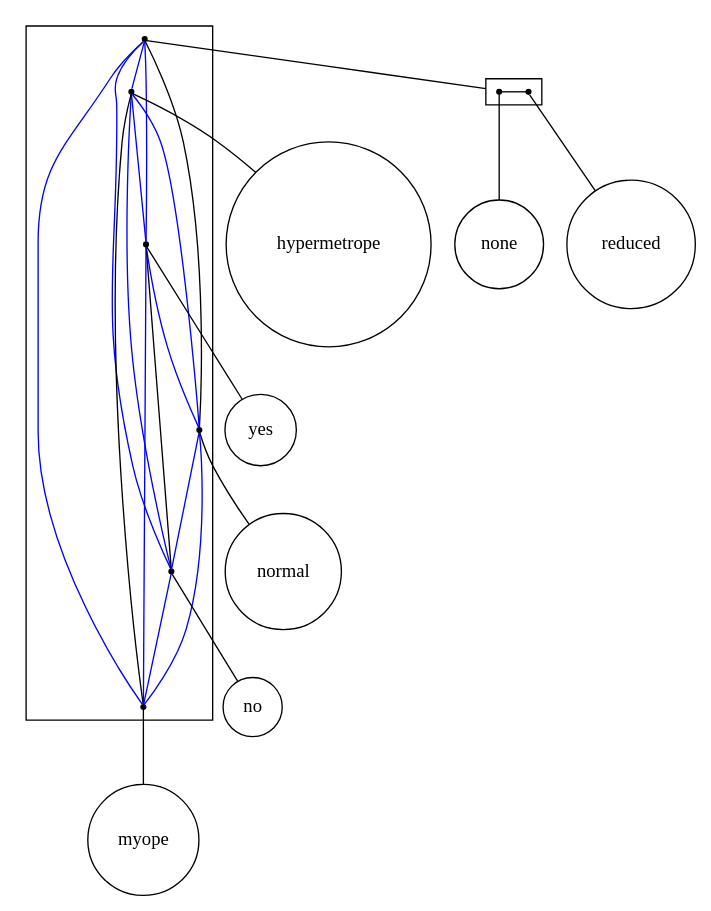
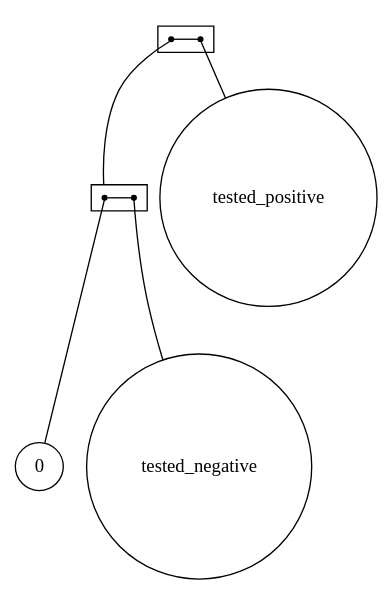
The diagram in src/final/linear_2-structure.dot (lrodrin/TFG), drawn with Graphviz before and after one commit. The commit also changed 8 other files, not shown here.

Commit message:
ja no es crida a graphviz si el graph té més de 15 nodes

```diff
--- a/src/final/linear_2-structure.dot
+++ b/src/final/linear_2-structure.dot
@@ -1,47 +1,26 @@
 strict digraph "linear_2-structure" {
 compound=true;
 fontname=Verdana;
 fontsize=12;
 newrank=true;
 node [shape=circle];
-hypermetrope;
-yes;
-normal;
-no;
-myope;
-none;
-reduced;
-subgraph cluster_nomyopereducedhypermetropenormalnoneyes {
+tested_positive;
+0;
+tested_negative;
+subgraph cluster_tested_positivetested_negative0 {
+rank=same;
 node [shape=point];
-s_nonereduced -> s_hypermetrope  [color=blue, arrowhead=none];
-s_nonereduced -> s_yes  [color=blue, arrowhead=none];
-s_nonereduced -> s_normal  [color=black, arrowhead=none];
-s_nonereduced -> s_no  [color=blue, arrowhead=none];
-s_nonereduced -> s_myope  [color=blue, arrowhead=none];
-s_hypermetrope -> s_yes  [color=blue, arrowhead=none];
-s_hypermetrope -> s_normal  [color=blue, arrowhead=none];
-s_hypermetrope -> s_no  [color=blue, arrowhead=none];
-s_hypermetrope -> s_myope  [color=black, arrowhead=none];
-s_yes -> s_normal  [color=blue, arrowhead=none];
-s_yes -> s_no  [color=black, arrowhead=none];
-s_yes -> s_myope  [color=blue, arrowhead=none];
-s_normal -> s_no  [color=blue, arrowhead=none];
-s_normal -> s_myope  [color=blue, arrowhead=none];
-s_no -> s_myope  [color=blue, arrowhead=none];
+s_tested_negative0 -> s_tested_positive  [color=black, arrowhead=none];
 }
 
-subgraph cluster_nonereduced {
+subgraph cluster_tested_negative0 {
 rank=same;
 node [shape=point];
-s_none -> s_reduced  [color=black, arrowhead=none];
+s_0 -> s_tested_negative  [color=black, arrowhead=none];
 }
 
-s_nonereduced -> s_none  [lhead=cluster_nonereduced, arrowhead=none];
-s_hypermetrope -> hypermetrope  [arrowhead=none];
-s_yes -> yes  [arrowhead=none];
-s_normal -> normal  [arrowhead=none];
-s_no -> no  [arrowhead=none];
-s_myope -> myope  [arrowhead=none];
-s_none -> none  [arrowhead=none];
-s_reduced -> reduced  [arrowhead=none];
+s_tested_negative0 -> s_0  [lhead=cluster_tested_negative0, arrowhead=none];
+s_tested_positive -> tested_positive  [arrowhead=none];
+s_0 -> 0  [arrowhead=none];
+s_tested_negative -> tested_negative  [arrowhead=none];
 }
```
